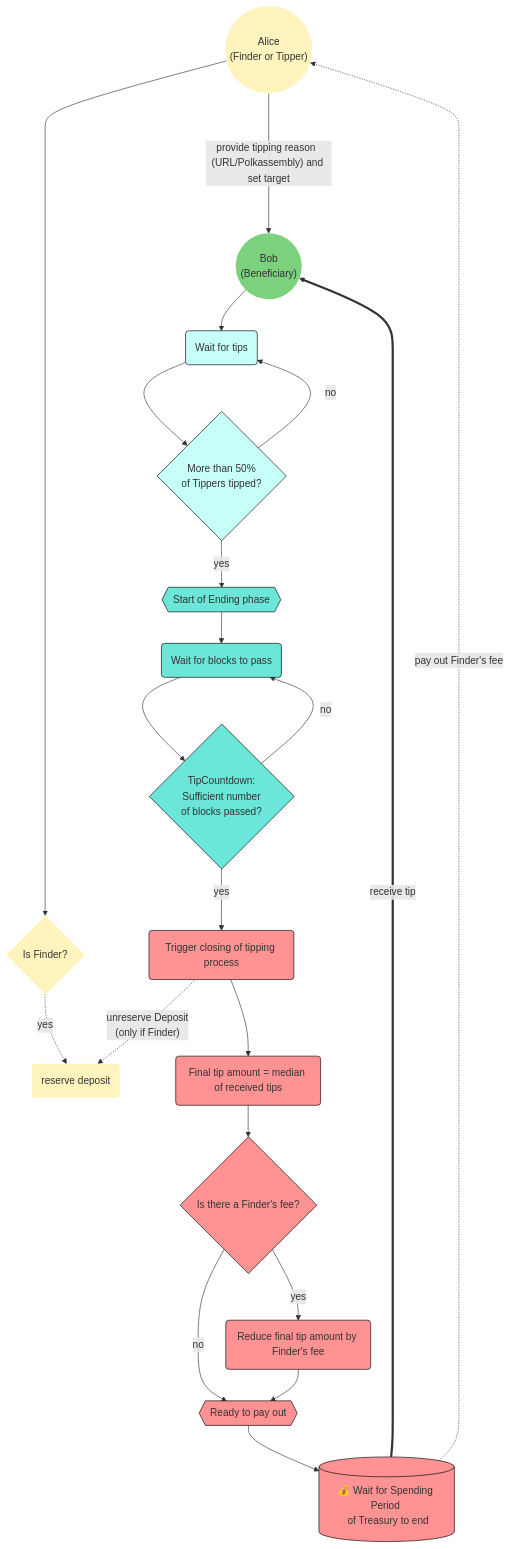
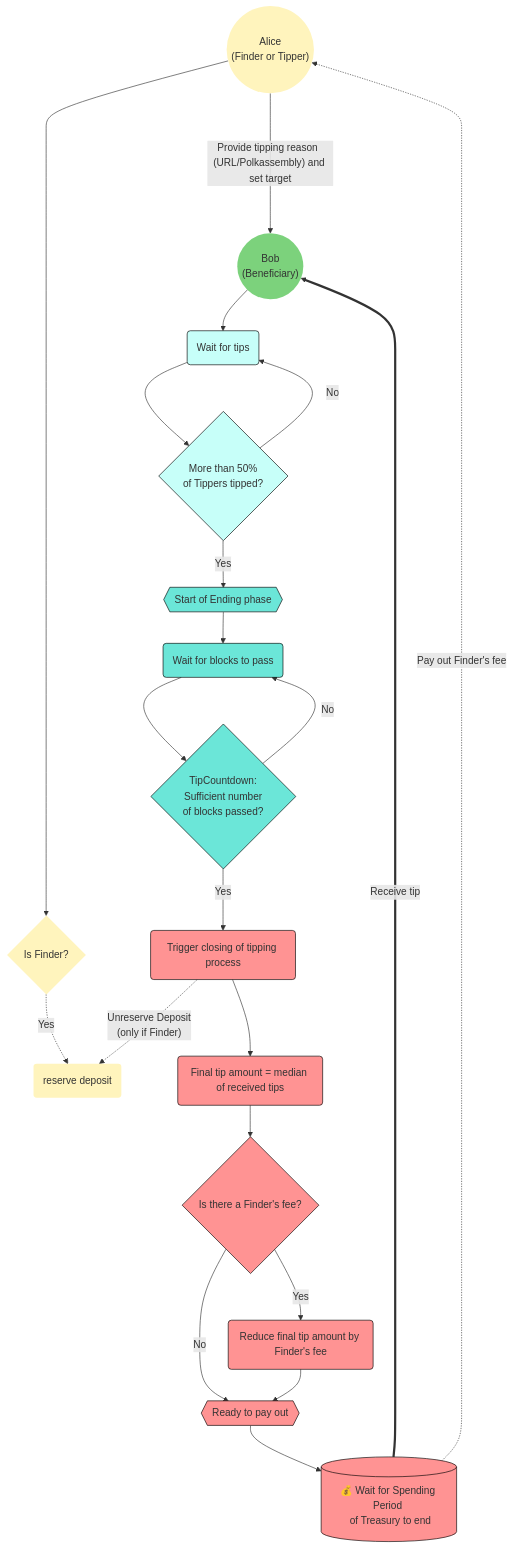
The diagram in docs/participate/04_propose_tip.md (KILTprotocol/docs), drawn with Mermaid before and after one commit. The commit also changed other lines of this file and 30 other files, not shown here.

````diff
--- a/docs/participate/04_propose_tip.md
+++ b/docs/participate/04_propose_tip.md
@@ -33,39 +33,39 @@
 ```mermaid
 flowchart TD
     %% Alice
     Alice(("Alice \n (Finder or Tipper)")):::Finder --> Alice_Finder{Is Finder?}:::Finder 
-    Alice_Finder -.-> |yes| Alice_Finder_Deposit(reserve deposit):::Finder
-    Alice ----> |"provide tipping reason  (URL/Polkassembly) and set target"|Beneficiary(("Bob \n (Beneficiary)")):::Beneficiary
+    Alice_Finder -.-> |Yes| Alice_Finder_Deposit(reserve deposit):::Finder
+    Alice ----> |"Provide tipping reason  (URL/Polkassembly) and set target"|Beneficiary(("Bob \n (Beneficiary)")):::Beneficiary
 
     %% Tipping Start
     Beneficiary --> Tip_1_Start("Wait for tips"):::process
     Tip_1_Start --> Tip_2_Threshold{"More than 50% \n of Tippers tipped?"}:::process
-    Tip_2_Threshold:::process  --> |no| Tip_1_Start
+    Tip_2_Threshold:::process  --> |No| Tip_1_Start
 
     %% Tipping End
-    Tip_2_Threshold --> |yes| Tip_3_End{{Start of Ending phase}}
+    Tip_2_Threshold --> |Yes| Tip_3_End{{Start of Ending phase}}
     Tip_3_End:::processEnd --> Tip_4_Wait(Wait for blocks to pass)
     Tip_4_Wait:::processEnd --> Tip_5_Blocks{"TipCountdown: \n Sufficient number \n of blocks passed?"}
-    Tip_5_Blocks:::processEnd --> |no| Tip_4_Wait
+    Tip_5_Blocks:::processEnd --> |No| Tip_4_Wait
 
     %% Tipping close
-    Tip_5_Blocks --> |yes| Tip_6_Close(Trigger closing of tipping process):::Payment
-    Tip_6_Close -.-> |"unreserve Deposit \n (only if Finder)"| Alice_Finder_Deposit
+    Tip_5_Blocks --> |Yes| Tip_6_Close(Trigger closing of tipping process):::Payment
+    Tip_6_Close -.-> |"Unreserve Deposit \n (only if Finder)"| Alice_Finder_Deposit
     Tip_6_Close --> Payout_1("Final tip amount = median of received tips"):::Payment
 
     %% Treasury
     Payout_1 --> Payout_2{Is there a Finder's fee?}:::Payment
-    Payout_2 --> |yes| Payout_3(Reduce final tip amount by Finder's fee):::Payment
-    Payout_2 --> |no| Payout_4[("💰 Treasury")]:::Payment
+    Payout_2 --> |Yes| Payout_3(Reduce final tip amount by Finder's fee):::Payment
+    Payout_2 --> |No| Payout_4[("💰 Treasury")]:::Payment
     Payout_3 --> Payout_4{{"Ready to pay out"}}
     Payout_4 --> Treasury[("💰 Wait for Spending Period \n of Treasury to end")]:::Payment
-    Treasury ==> |"receive tip"| Beneficiary
-    Treasury -.-> |"pay out Finder's fee"| Alice
+    Treasury ==> |"Receive tip"| Beneficiary
+    Treasury -.-> |"Pay out Finder's fee"| Alice
 
     %% classes
     classDef Finder fill:#fff4bd,stroke:none;
     classDef process fill:#c7fff9,stroke:black;
     classDef processEnd fill:#6be6d8,stroke:black;
     classDef Beneficiary fill:#7cd27c,stroke:#333,stroke-width:0px;
     classDef Payment fill:#ff9393,stroke:black;
 ```
````
